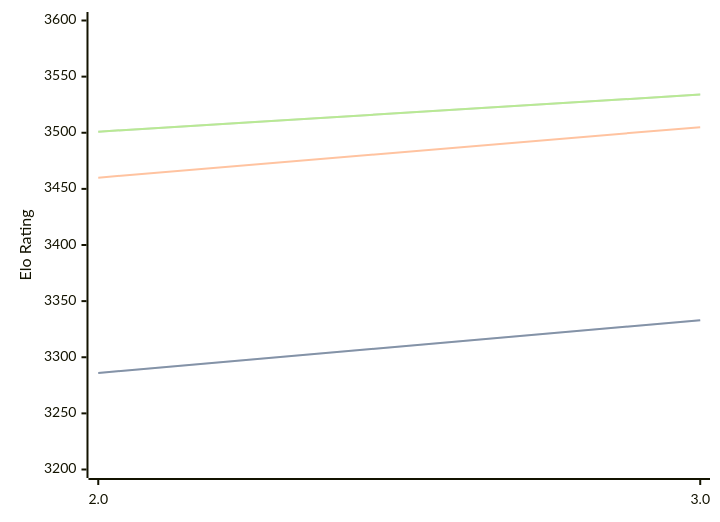
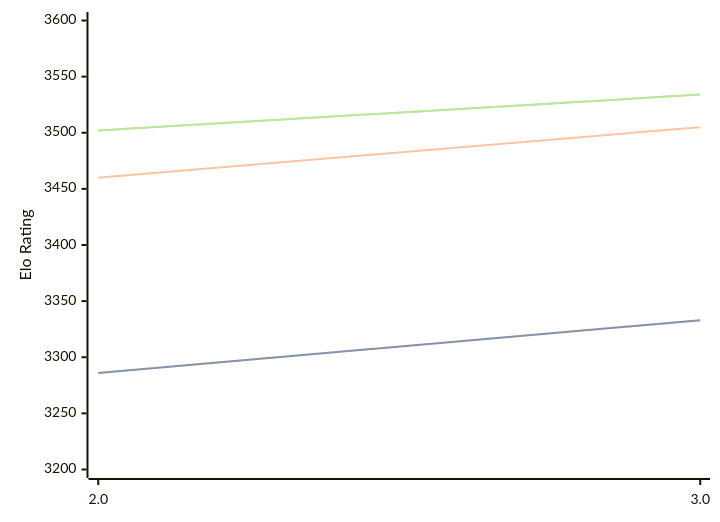
The diagram in engines/Quanticade.md (computer-chess-index/cci), drawn with Mermaid before and after one commit. The commit also changed other lines of this file, not shown here.

Commit message:
Update CCI Ratings (ELO VLTC) - 2026-07-29

````diff
--- a/engines/Quanticade.md
+++ b/engines/Quanticade.md
@@ -41,11 +41,11 @@
 ```mermaid
 %%{init: {"theme":"base","themeVariables":{"seriesColors:['#a3a3a3','#222221','#faa371']}}}%%
 xychart-beta
   x-axis ["2.0", "3.0"]
   y-axis "Elo Rating" 3200 --> 3600
   line "STC (8.0+0.08s)" [3286, 3333]
   line "STC (8.0+0.08s)" [3286, 3333]
   line "LTC (60.0+0.60s)" [3460, 3505]
-  line "VLTC (2m24s+1.12s)" [3501, 3534]
-  line "VLTC (2m24s+1.12s)" [3501, 3534]
+  line "VLTC (2m24s+1.12s)" [3502, 3534]
+  line "VLTC (2m24s+1.12s)" [3502, 3534]
 ```
````
